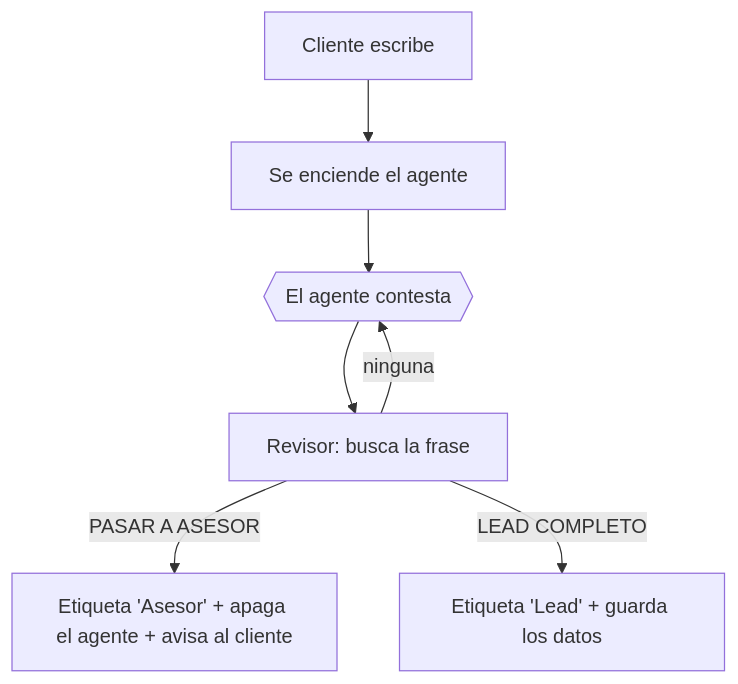
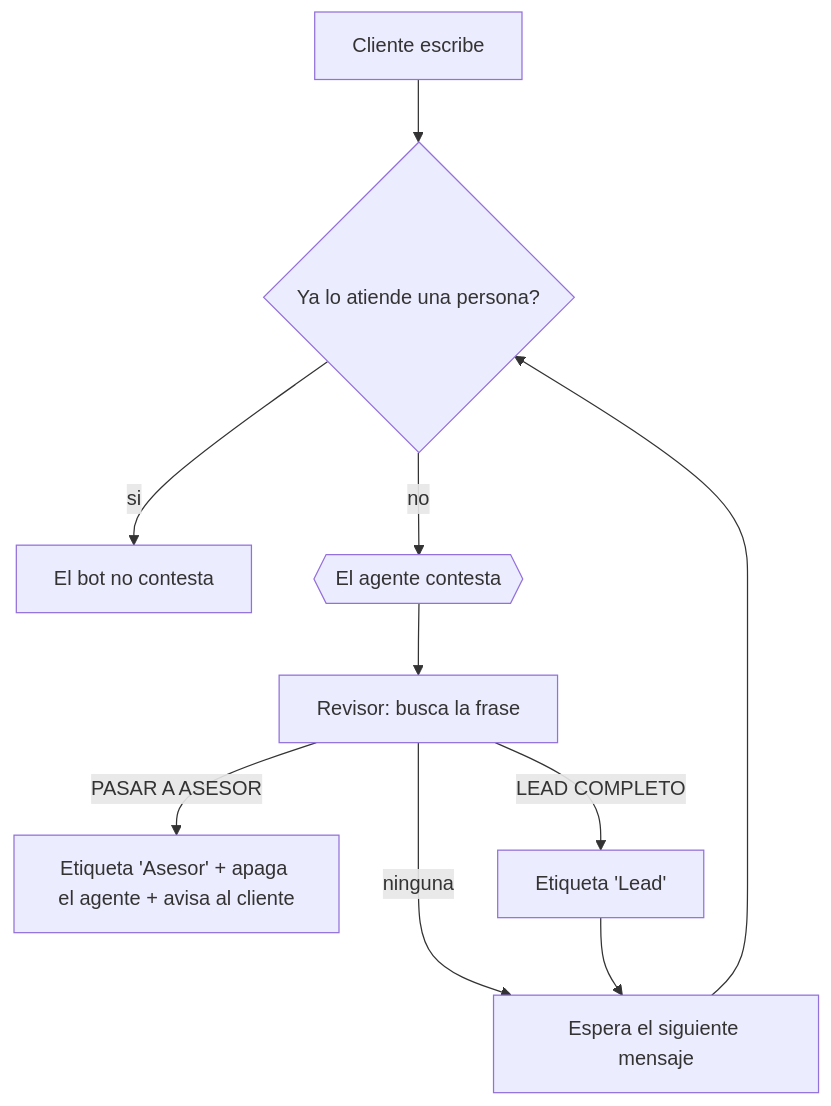
Before and after one commit to laestrategiamd/plugins-botcake: the diagram in plugins/botcake-mi-primer-bot/skills/botcake-mi-primer-bot/references/05-flujo.md, drawn with Mermaid. The commit also changed other lines of this file and 22 other files, not shown here.

````diff
--- a/plugins/botcake-mi-primer-bot/skills/botcake-mi-primer-bot/references/05-flujo.md
+++ b/plugins/botcake-mi-primer-bot/skills/botcake-mi-primer-bot/references/05-flujo.md
@@ -81,9 +88,12 @@
 ```mermaid
 flowchart TD
-    A[Cliente escribe] --> B[Se enciende el agente]
-    B --> C{{El agente contesta}}
+    A[Cliente escribe] --> P{Ya lo atiende una persona?}
+    P -->|si| S[El bot no contesta]
+    P -->|no| C{{El agente contesta}}
     C --> D[Revisor: busca la frase]
     D -->|PASAR A ASESOR| E[Etiqueta 'Asesor' + apaga el agente + avisa al cliente]
-    D -->|LEAD COMPLETO| F[Etiqueta 'Lead' + guarda los datos]
-    D -->|ninguna| C
+    D -->|LEAD COMPLETO| F[Etiqueta 'Lead']
+    D -->|ninguna| W[Espera el siguiente mensaje]
+    F --> W
+    W --> P
 ```
````
